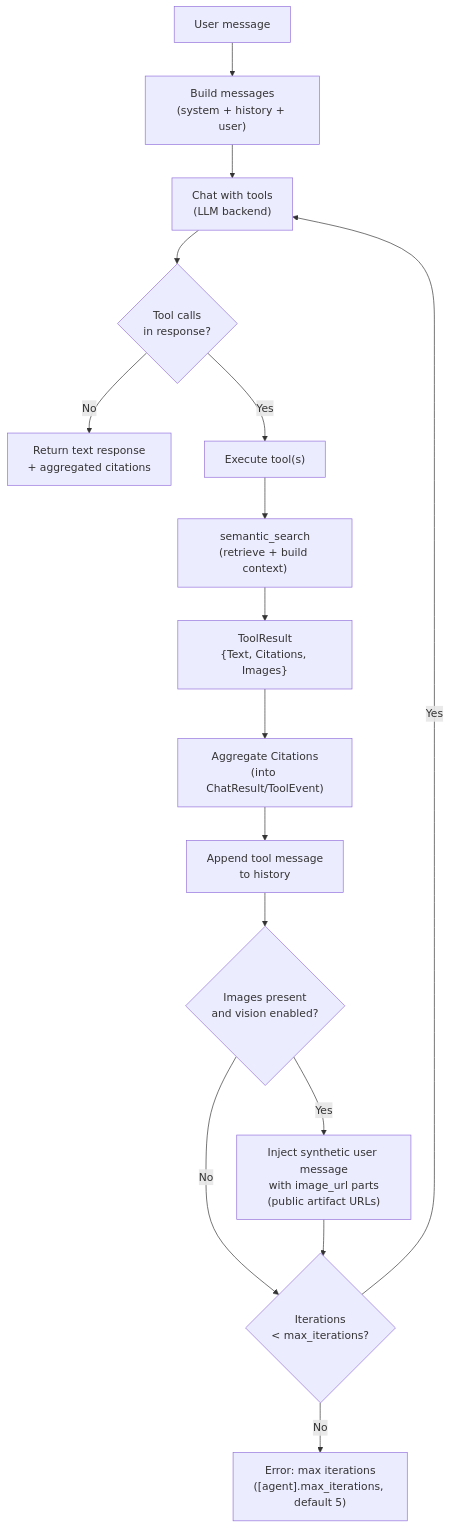
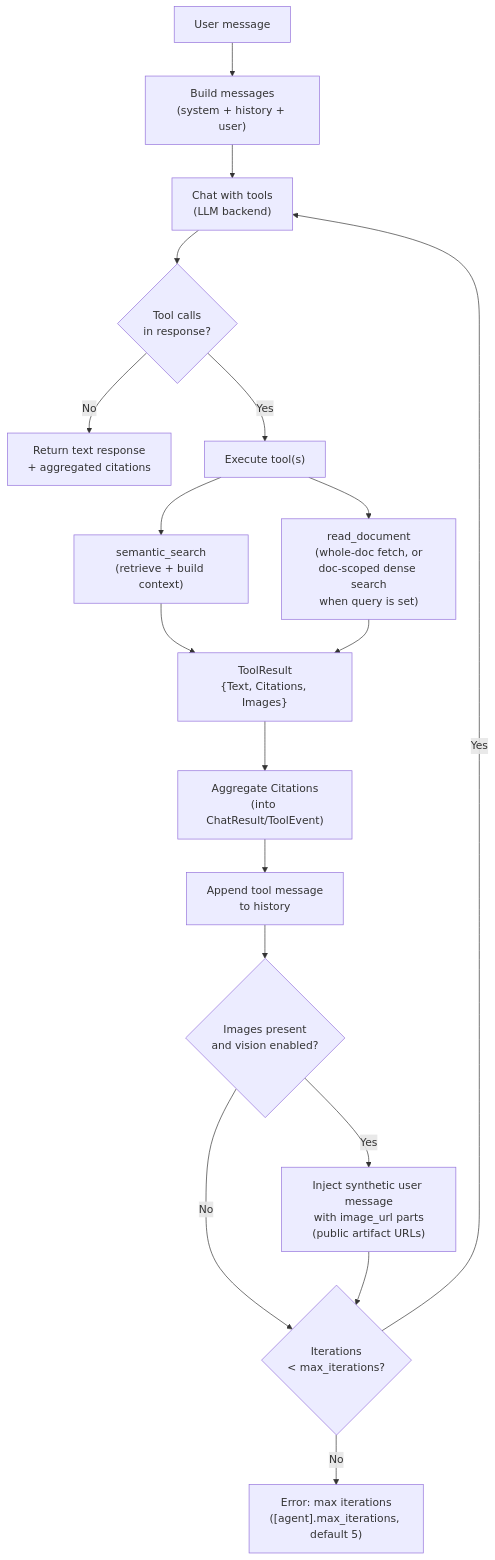
Before and after one commit to klnstprx/etsi-rag: the fifth of 8 diagrams in docs/diagrams.md, drawn with Mermaid. The commit also changed other lines of this file and 8 other files, not shown here.

````diff
--- a/docs/diagrams.md
+++ b/docs/diagrams.md
@@ -194,24 +194,26 @@
 ```mermaid
 flowchart TB
     Start["User message"] --> Build["Build messages<br/>(system + history + user)"]
     Build --> LLMCall["Chat with tools<br/>(LLM backend)"]
     LLMCall --> Check{"Tool calls<br/>in response?"}
 
     Check -->|"No"| Final["Return text response<br/>+ aggregated citations"]
     Check -->|"Yes"| Execute["Execute tool(s)"]
 
     Execute --> SemanticSearch["semantic_search<br/>(retrieve + build context)"]
+    Execute --> ReadDocument["read_document<br/>(whole-doc fetch, or<br/>doc-scoped dense search<br/>when query is set)"]
     SemanticSearch --> Result["ToolResult<br/>{Text, Citations, Images}"]
+    ReadDocument --> Result
 
     Result --> AggCite["Aggregate Citations<br/>(into ChatResult/ToolEvent)"]
     AggCite --> Append["Append tool message<br/>to history"]
 
     Append --> Vision{"Images present<br/>and vision enabled?"}
     Vision -->|"Yes"| Inject["Inject synthetic user message<br/>with image_url parts<br/>(public artifact URLs)"]
     Vision -->|"No"| Counter
     Inject --> Counter
 
     Counter{"Iterations<br/>< max_iterations?"}
     Counter -->|"Yes"| LLMCall
     Counter -->|"No"| ErrorBox["Error: max iterations<br/>([agent].max_iterations, default 5)"]
 ```
````
